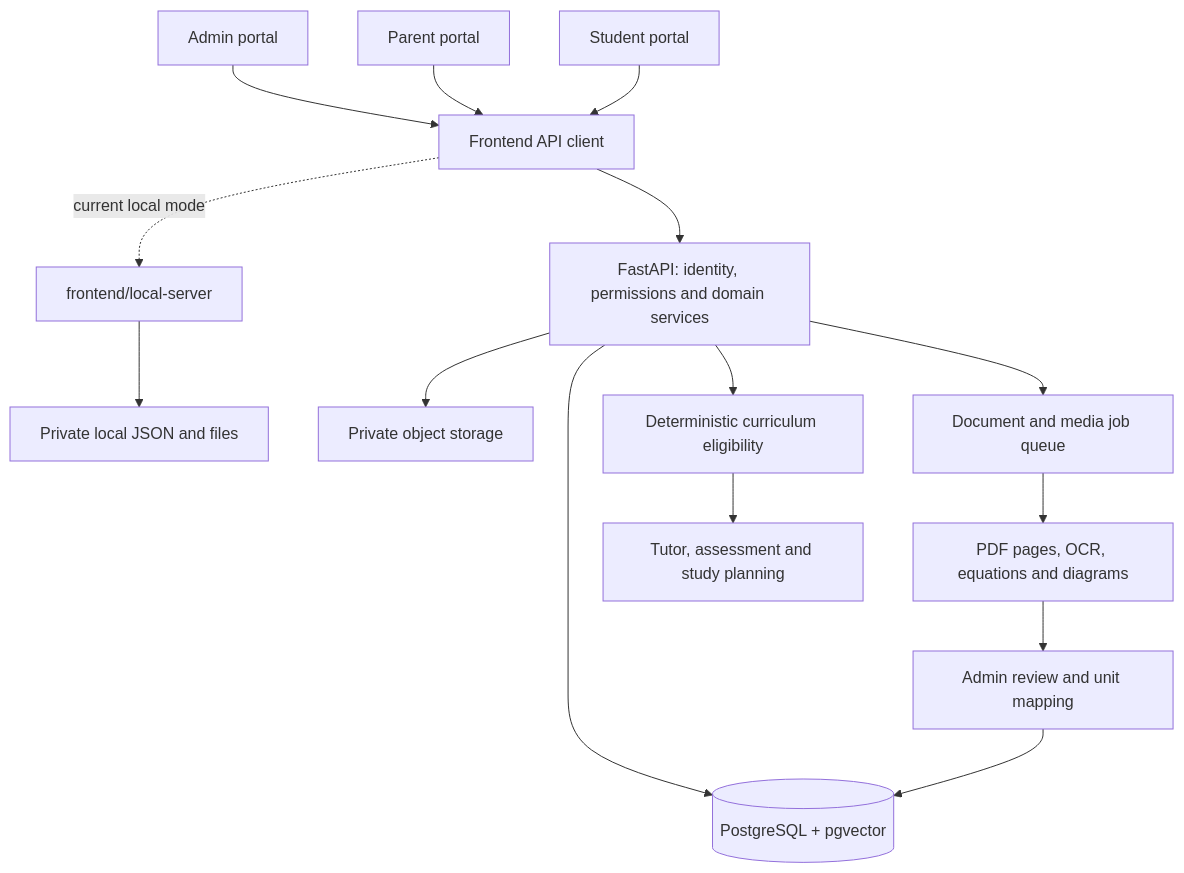
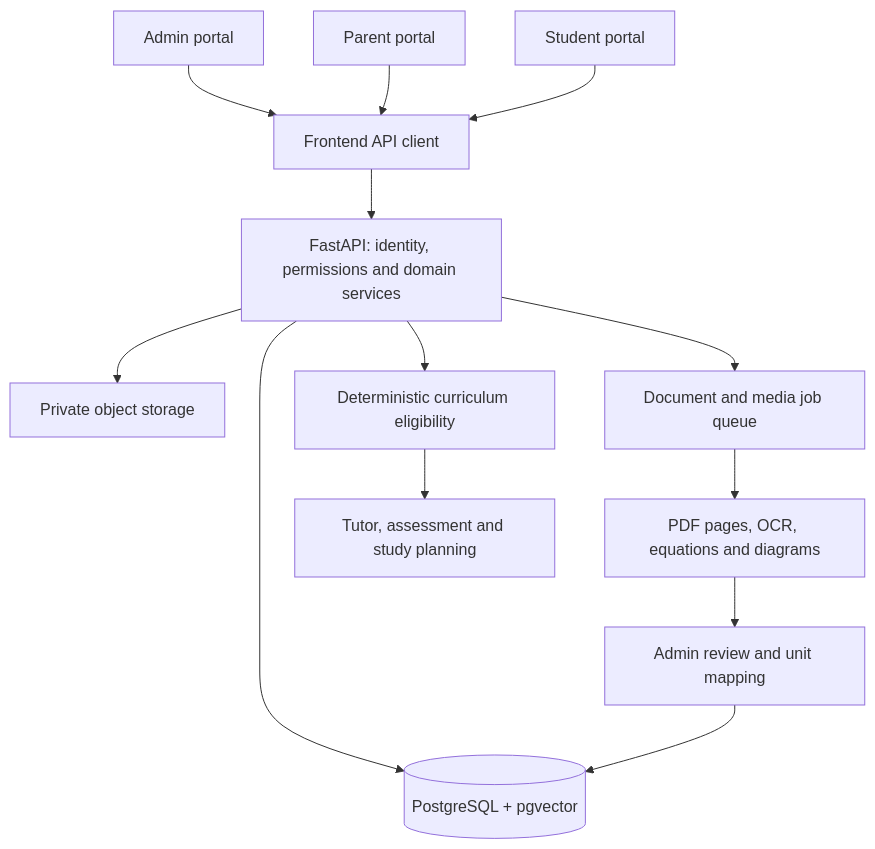
The diagram in source-code/docs/architecture.md (sudeeram/akuru), drawn with Mermaid before and after one commit. The commit also changed other lines of this file and 28 other files, not shown here.

````diff
--- a/source-code/docs/architecture.md
+++ b/source-code/docs/architecture.md
@@ -30,17 +28,15 @@
 ```mermaid
 flowchart TD
     A[Admin portal] --> F[Frontend API client]
     P[Parent portal] --> F
     S[Student portal] --> F
     F --> API[FastAPI: identity, permissions and domain services]
-    F -. current local mode .-> MOCK[frontend/local-server]
-    MOCK --> JSON[Private local JSON and files]
     API --> DB[(PostgreSQL + pgvector)]
     API --> OBJ[Private object storage]
     API --> JOB[Document and media job queue]
     JOB --> OCR[PDF pages, OCR, equations and diagrams]
     OCR --> REVIEW[Admin review and unit mapping]
     REVIEW --> DB
     API --> ELIG[Deterministic curriculum eligibility]
     ELIG --> TUTOR[Tutor, assessment and study planning]
 ```
````
